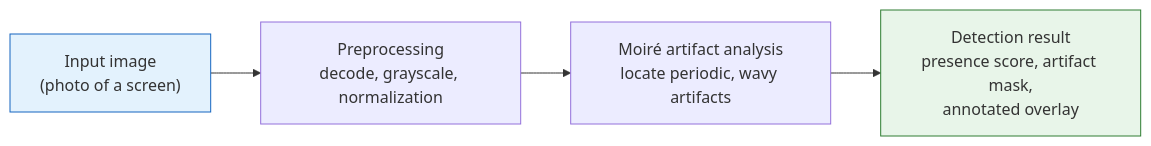
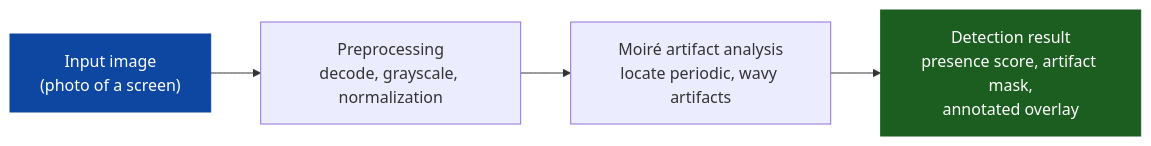
The second of 2 diagrams in README.md (babak-abad/Spatial-Moire-Effect-Detection), drawn with Mermaid before and after one commit. The commit also changed other lines of this file and 6 other files, not shown here.

````diff
--- a/README.md
+++ b/README.md
@@ -55,10 +56,10 @@
 ```mermaid
 flowchart LR
     A["Input image<br/>(photo of a screen)"]
     B["Preprocessing<br/>decode, grayscale, normalization"]
     C["Moiré artifact analysis<br/>locate periodic, wavy artifacts"]
     D["Detection result<br/>presence score, artifact mask,<br/>annotated overlay"]
     A --> B --> C --> D
-    style A fill:#e3f2fd,stroke:#1565c0
-    style D fill:#e8f5e9,stroke:#2e7d32
+    style A fill:#0d47a1,stroke:#0d47a1,color:#ffffff
+    style D fill:#1b5e20,stroke:#1b5e20,color:#ffffff
 ```
````
